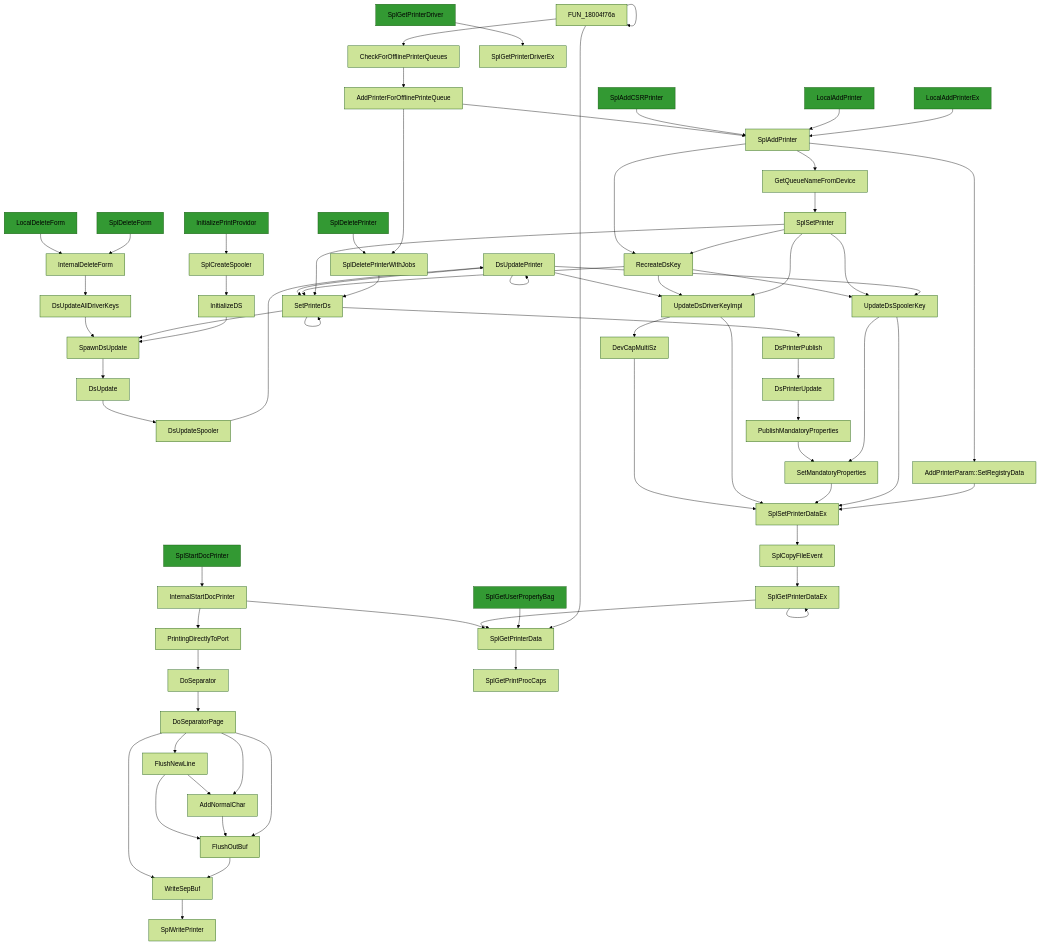
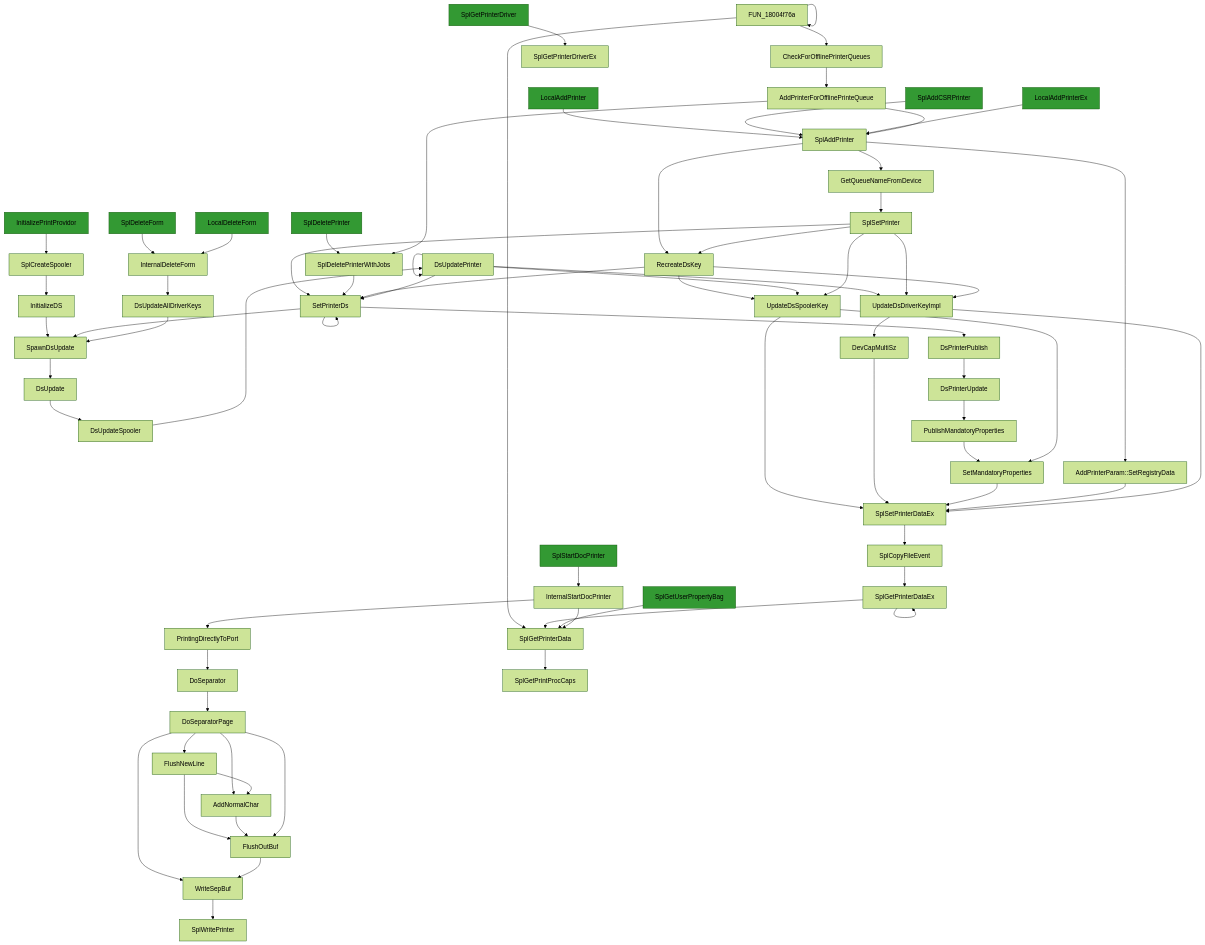
One commit to clearbluejar/ghidra-pyhidra-callgraphs changed the first of 4 diagrams in .callgraphs/localspl.dll.x64.10.0.22000.376/SplGetPrinterDriverEx.flow.md. Above: the diagram before and after it, drawn with Mermaid (forest theme). The commit also changed other lines of this file and 15 other files, not shown here.

Commit message:
update with mermaid live links

````diff
--- a/.callgraphs/localspl.dll.x64.10.0.22000.376/SplGetPrinterDriverEx.flow.md
+++ b/.callgraphs/localspl.dll.x64.10.0.22000.376/SplGetPrinterDriverEx.flow.md
@@ -8,75 +12,75 @@
 ```mermaid
 flowchart TD
 classDef shaded fill:#339933
-22["DsUpdateAllDriverKeys"] --> 21
+43["PublishMandatoryProperties"] --> 14
+15 --> 13
+8["InternalStartDocPrinter"] --> 7
+37["InternalDeleteForm"] --> 36
+5 --> 3
+40["InitializeDS"] --> 21
+16 --> 16
+16 --> 18["UpdateDsDriverKeyImpl"]
+28 --> 28
+39["SplDeleteForm"]:::shaded --> 37
+45 --> 13
+26 --> 29
+5 --> 0
+35 --> 17
+12["SplCopyFileEvent"] --> 11
+23["SplDeletePrinterWithJobs"] --> 17
+26 --> 31["AddPrinterParam::SetRegistryData"]
+28["FUN_18004f76a"] --> 27
+24["SplDeletePrinter"]:::shaded --> 23
 20["DsUpdate"] --> 19
+28 --> 9
+44["DsPrinterUpdate"] --> 43
+9 --> 46["SplGetPrintProcCaps"]
+6["DoSeparator"] --> 5
+11["SplGetPrinterDataEx"] --> 9
+17 --> 17
+14["SetMandatoryProperties"] --> 13
+25["AddPrinterForOfflinePrinteQueue"] --> 23
+29 --> 15
+47["SplGetUserPropertyBag"]:::shaded --> 9
+4 --> 2
+8 --> 9["SplGetPrinterData"]
+17 --> 22["DsPrinterPublish"]
+32["LocalAddPrinter"]:::shaded --> 26
+34["SplAddCSRPrinter"]:::shaded --> 26
+42["InitializePrintProvidor"]:::shaded --> 41
+2["FlushOutBuf"] --> 0
 17 --> 21
-12["SplCopyFileEvent"] --> 11
+31 --> 13
+3["AddNormalChar"] --> 2
+5["DoSeparatorPage"] --> 4
+5 --> 2
+15["UpdateDsSpoolerKey"] --> 14
+18 --> 13
+48["SplGetPrinterDriver"]:::shaded --> 49["SplGetPrinterDriverEx"]
+13["SplSetPrinterDataEx"] --> 12
+35 --> 18
+29["RecreateDsKey"] --> 17
+26 --> 30["GetQueueNameFromDevice"]
+10["SplStartDocPrinter"]:::shaded --> 8
+16 --> 17["SetPrinterDs"]
+21["SpawnDsUpdate"] --> 20
+33["LocalAddPrinterEx"]:::shaded --> 26
+7["PrintingDirectlyToPort"] --> 6
+30 --> 35
+41["SplCreateSpooler"] --> 40
+16["DsUpdatePrinter"] --> 15
+22 --> 44
+27["CheckForOfflinePrinterQueues"] --> 25
+35["SplSetPrinter"] --> 29
+36["DsUpdateAllDriverKeys"] --> 21
+4["FlushNewLine"] --> 3
+29 --> 18
+35 --> 15
+0["WriteSepBuf"] --> 1["SplWritePrinter"]
+11 --> 11
+19["DsUpdateSpooler"] --> 16
+25 --> 26["SplAddPrinter"]
 18 --> 45["DevCapMultiSz"]
-45 --> 13
-2["DoSeparatorPage"] --> 0
-6["DoSeparator"] --> 2
-16 --> 17["SetPrinterDs"]
-31["SplAddPrinter"] --> 30
-30 --> 14
-17 --> 17
-40["FUN_18004f76a"] --> 39
-0["WriteSepBuf"] --> 1["SplWritePrinter"]
-3 --> 5
-16 --> 16
-32 --> 41
-2 --> 3["FlushNewLine"]
-41["SplSetPrinter"] --> 30
-42["SplDeletePrinter"]:::shaded --> 38
-4 --> 5
-37["AddPrinterForOfflinePrinteQueue"] --> 31
-13["SplSetPrinterDataEx"] --> 12
-8["InternalStartDocPrinter"] --> 7
-11 --> 11
-18 --> 13
-16 --> 18["UpdateDsDriverKeyImpl"]
-30["RecreateDsKey"] --> 17
-41 --> 14
-29 --> 44
-7["PrintingDirectlyToPort"] --> 6
-17 --> 29["DsPrinterPublish"]
-3 --> 4
-24["LocalDeleteForm"]:::shaded --> 23
-21["SpawnDsUpdate"] --> 20
-41 --> 17
-26["InitializeDS"] --> 21
-2 --> 5["FlushOutBuf"]
-5 --> 0
-28["InitializePrintProvidor"]:::shaded --> 27
-10["SplStartDocPrinter"]:::shaded --> 8
-23["InternalDeleteForm"] --> 22
-8 --> 9["SplGetPrinterData"]
-11["SplGetPrinterDataEx"] --> 9
-37 --> 38["SplDeletePrinterWithJobs"]
-44["DsPrinterUpdate"] --> 43
-43["PublishMandatoryProperties"] --> 15
-39["CheckForOfflinePrinterQueues"] --> 37
-15 --> 13
-19["DsUpdateSpooler"] --> 16
-31 --> 32["GetQueueNameFromDevice"]
-31 --> 33["AddPrinterParam::SetRegistryData"]
-34["SplAddCSRPrinter"]:::shaded --> 31
-27["SplCreateSpooler"] --> 26
-38 --> 17
-9 --> 46["SplGetPrintProcCaps"]
-47["SplGetUserPropertyBag"]:::shaded --> 9
-16["DsUpdatePrinter"] --> 14
-40 --> 9
-35["LocalAddPrinter"]:::shaded --> 31
-30 --> 18
-14["UpdateDsSpoolerKey"] --> 13
-33 --> 13
-40 --> 40
-2 --> 4["AddNormalChar"]
-14 --> 15["SetMandatoryProperties"]
-48["SplGetPrinterDriver"]:::shaded --> 49["SplGetPrinterDriverEx"]
-25["SplDeleteForm"]:::shaded --> 23
-41 --> 18
-36["LocalAddPrinterEx"]:::shaded --> 31
+38["LocalDeleteForm"]:::shaded --> 37
 
 ```
````
